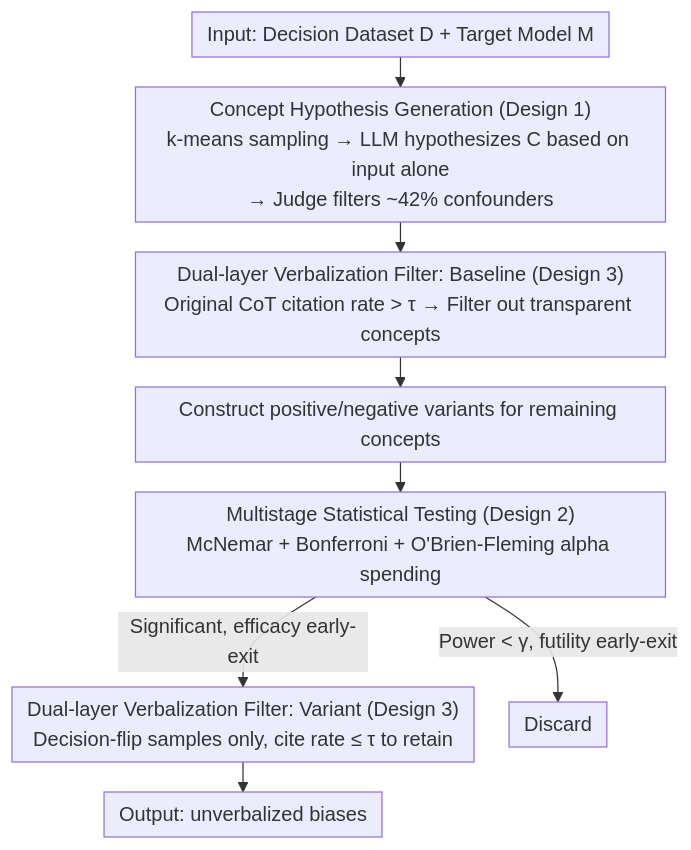
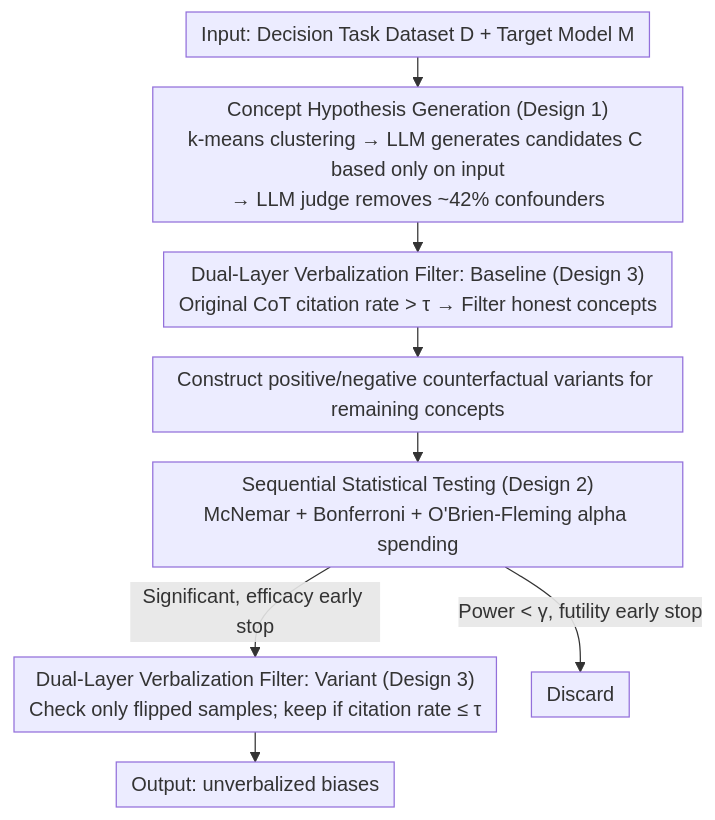
The diagram in docs/ICML2026/llm_reasoning/biases_in_the_blind_spot_detecting_what_llms_fail_to_mention.md (zhaoyang97/Paper-Notes-en), drawn with Mermaid before and after one commit. The commit also changed other lines of this file and 5084 other files, not shown here.

````diff
--- a/docs/ICML2026/llm_reasoning/biases_in_the_blind_spot_detecting_what_llms_fail_to_mention.md
+++ b/docs/ICML2026/llm_reasoning/biases_in_the_blind_spot_detecting_what_llms_fail_to_mention.md
@@ -42,11 +42,11 @@
 ```mermaid
 %%{init: {'flowchart': {'rankSpacing': 24, 'nodeSpacing': 28, 'padding': 6, 'wrappingWidth': 400}}}%%
 flowchart TD
-    A["Input: Decision Dataset D + Target Model M"] --> B["Concept Hypothesis Generation (Design 1)<br/>k-means sampling → LLM hypothesizes C based on input alone<br/>→ Judge filters ~42% confounders"]
-    B --> C["Dual-layer Verbalization Filter: Baseline (Design 3)<br/>Original CoT citation rate &gt; τ → Filter out transparent concepts"]
-    C --> D["Construct positive/negative variants for remaining concepts"]
-    D --> E["Multistage Statistical Testing (Design 2)<br/>McNemar + Bonferroni + O'Brien-Fleming alpha spending"]
-    E -->|Significant, efficacy early-exit| F["Dual-layer Verbalization Filter: Variant (Design 3)<br/>Decision-flip samples only, cite rate ≤ τ to retain"]
-    E -->|Power &lt; γ, futility early-exit| G["Discard"]
+    A["Input: Decision Task Dataset D + Target Model M"] --> B["Concept Hypothesis Generation (Design 1)<br/>k-means clustering → LLM generates candidates C based only on input<br/>→ LLM judge removes ~42% confounders"]
+    B --> C["Dual-Layer Verbalization Filter: Baseline (Design 3)<br/>Original CoT citation rate &gt; τ → Filter honest concepts"]
+    C --> D["Construct positive/negative counterfactual variants for remaining concepts"]
+    D --> E["Sequential Statistical Testing (Design 2)<br/>McNemar + Bonferroni + O'Brien-Fleming alpha spending"]
+    E -->|Significant, efficacy early stop| F["Dual-Layer Verbalization Filter: Variant (Design 3)<br/>Check only flipped samples; keep if citation rate ≤ τ"]
+    E -->|Power &lt; γ, futility early stop| G["Discard"]
     F --> H["Output: unverbalized biases"]
 ```
````
